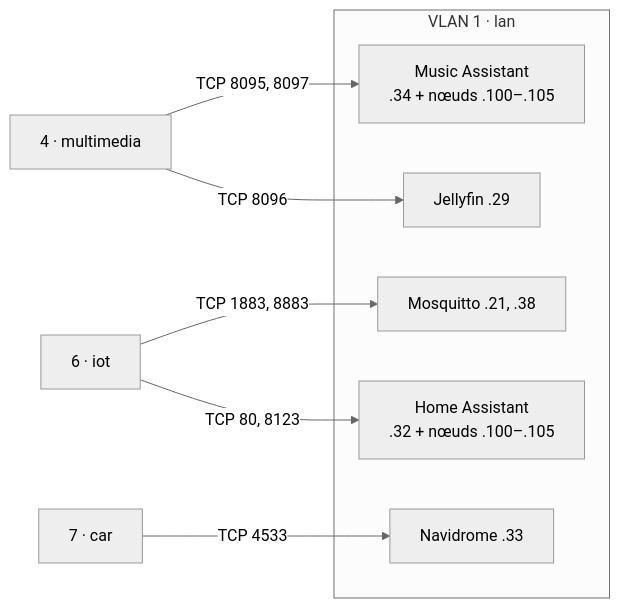
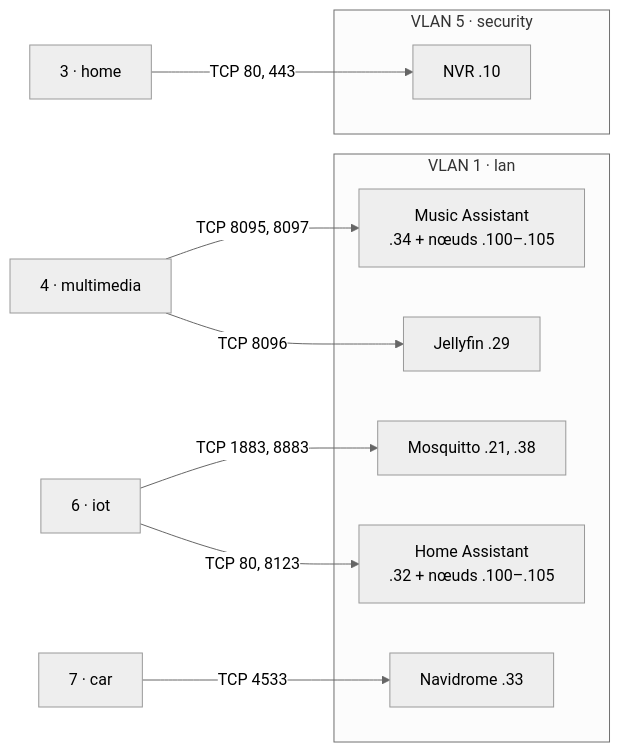
Before and after one commit to seblaporte/k3s-at-home: the sixth of 8 diagrams in network/architecture.md, drawn with Mermaid (neutral theme). The commit also changed other lines of this file and 3 other files, not shown here.

First line of the commit message:
feat(network): allow home VLAN to reach NVR web UI (80/443)

````diff
--- a/network/architecture.md
+++ b/network/architecture.md
@@ -247,20 +247,26 @@
 ```mermaid
 flowchart LR
     mm["4 · multimedia"]
     iot["6 · iot"]
     car["7 · car"]
 
     subgraph lan["VLAN 1 · lan"]
         ma["Music Assistant<br/>.34 + nœuds .100–.105"]
         jf["Jellyfin .29"]
         mqtt["Mosquitto .21, .38"]
         ha["Home Assistant<br/>.32 + nœuds .100–.105"]
         nd["Navidrome .33"]
     end
 
     mm -- "TCP 8095, 8097" --> ma
     mm -- "TCP 8096" --> jf
     iot -- "TCP 1883, 8883" --> mqtt
     iot -- "TCP 80, 8123" --> ha
     car -- "TCP 4533" --> nd
+
+    home["3 · home"]
+    subgraph sec["VLAN 5 · security"]
+        nvr["NVR .10"]
+    end
+    home -- "TCP 80, 443" --> nvr
 ```
````
